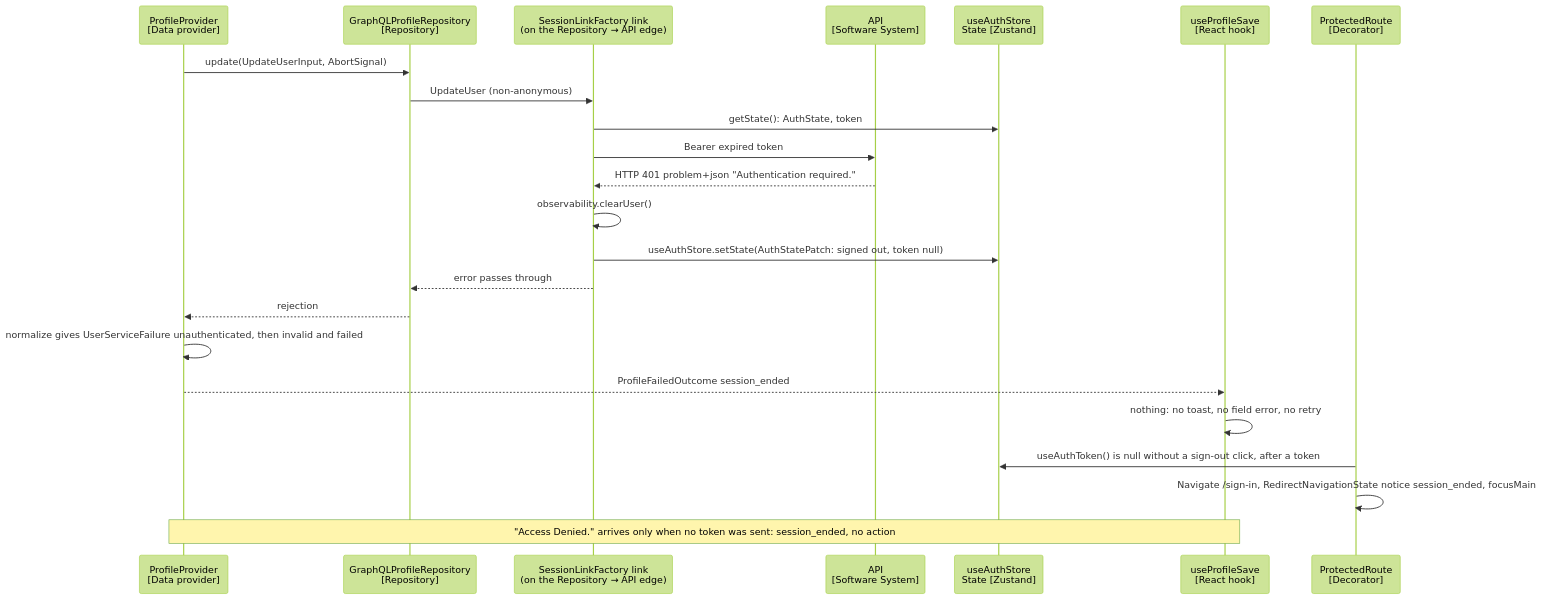
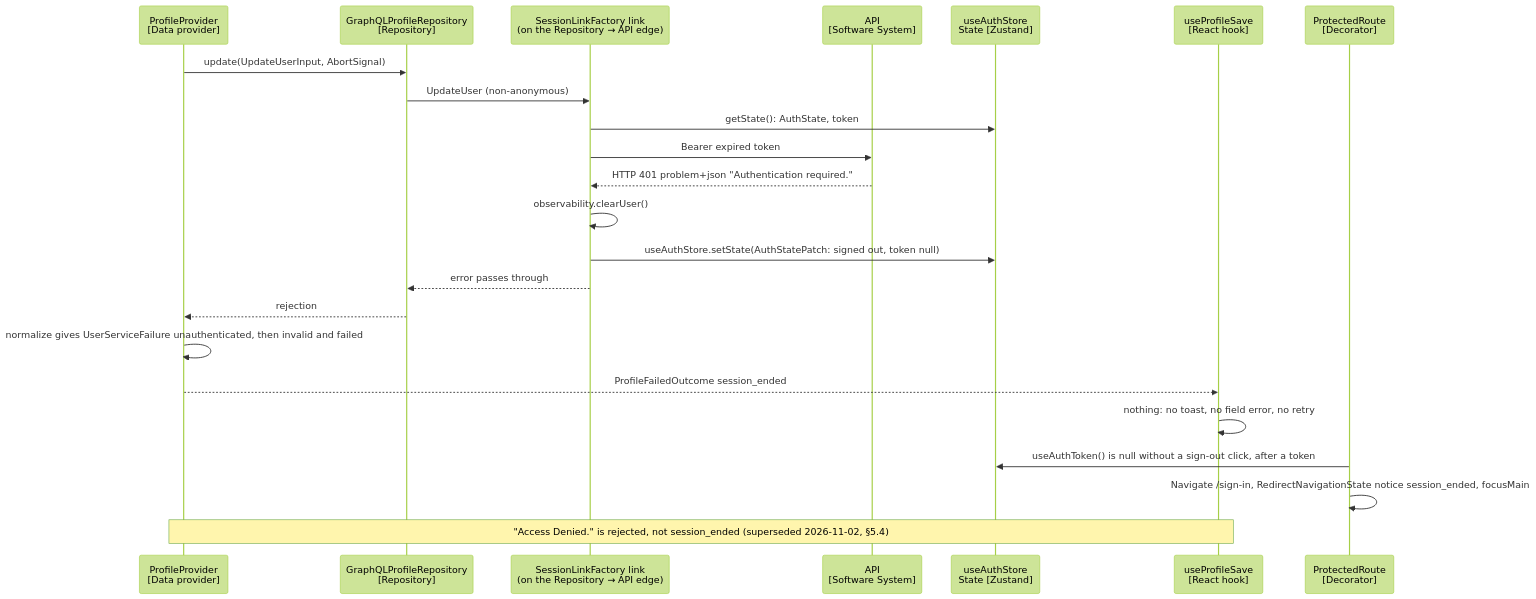
Before and after one commit to VilnaCRM-Org/crm: the eighth of 8 diagrams in specs/user-settings/planning-artifacts/architecture-user-settings-2026-10-06.md, drawn with Mermaid (forest theme). The commit also changed other lines of this file and 14 other files, not shown here.

````diff
--- a/specs/user-settings/planning-artifacts/architecture-user-settings-2026-10-06.md
+++ b/specs/user-settings/planning-artifacts/architecture-user-settings-2026-10-06.md
@@ -776,25 +777,25 @@
 ```mermaid
 sequenceDiagram
   participant P as ProfileProvider<br/>[Data provider]
   participant R as GraphQLProfileRepository<br/>[Repository]
   participant L as SessionLinkFactory link<br/>(on the Repository → API edge)
   participant API as API<br/>[Software System]
   participant ST as useAuthStore<br/>State [Zustand]
   participant H as useProfileSave<br/>[React hook]
   participant PR as ProtectedRoute<br/>[Decorator]
   P->>R: update(UpdateUserInput, AbortSignal)
   R->>L: UpdateUser (non-anonymous)
   L->>ST: getState(): AuthState, token
   L->>API: Bearer expired token
   API-->>L: HTTP 401 problem+json "Authentication required."
   L->>L: observability.clearUser()
   L->>ST: useAuthStore.setState(AuthStatePatch: signed out, token null)
   L-->>R: error passes through
   R-->>P: rejection
   P->>P: normalize gives UserServiceFailure unauthenticated, then invalid and failed
   P-->>H: ProfileFailedOutcome session_ended
   H->>H: nothing: no toast, no field error, no retry
   PR->>ST: useAuthToken() is null without a sign-out click, after a token
   PR->>PR: Navigate /sign-in, RedirectNavigationState notice session_ended, focusMain
-  Note over P,H: "Access Denied." arrives only when no token was sent: session_ended, no action
+  Note over P,H: "Access Denied." is rejected, not session_ended (superseded 2026-11-02, §5.4)
 ```
````
